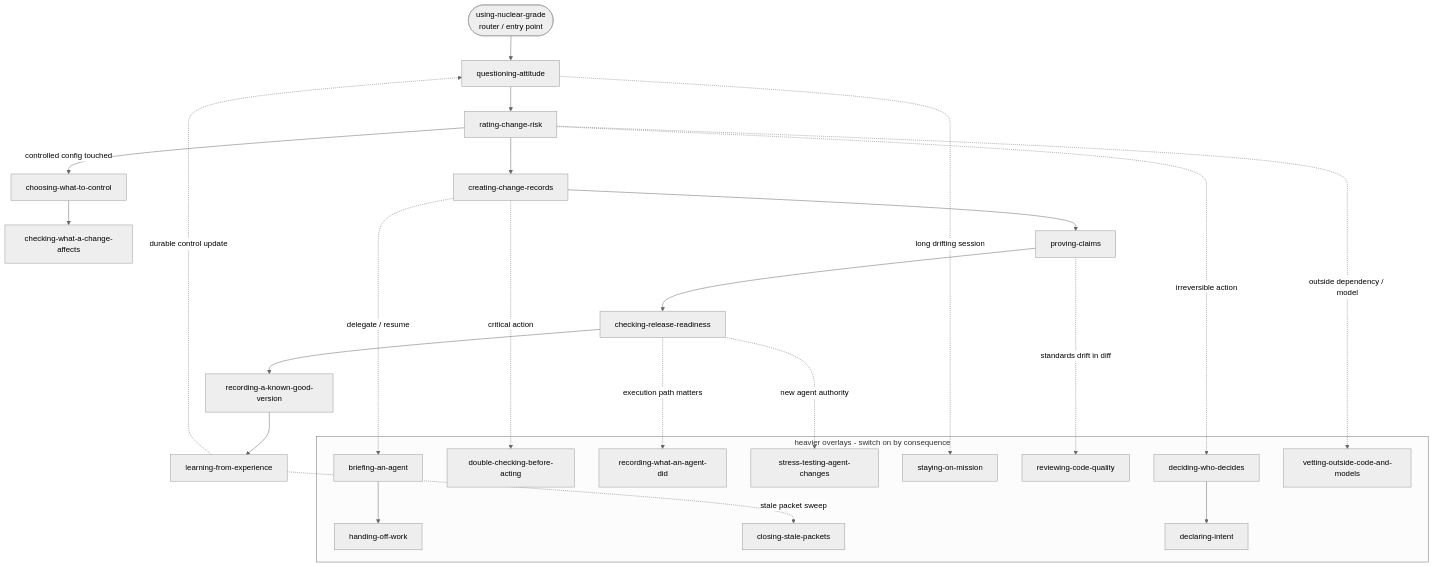
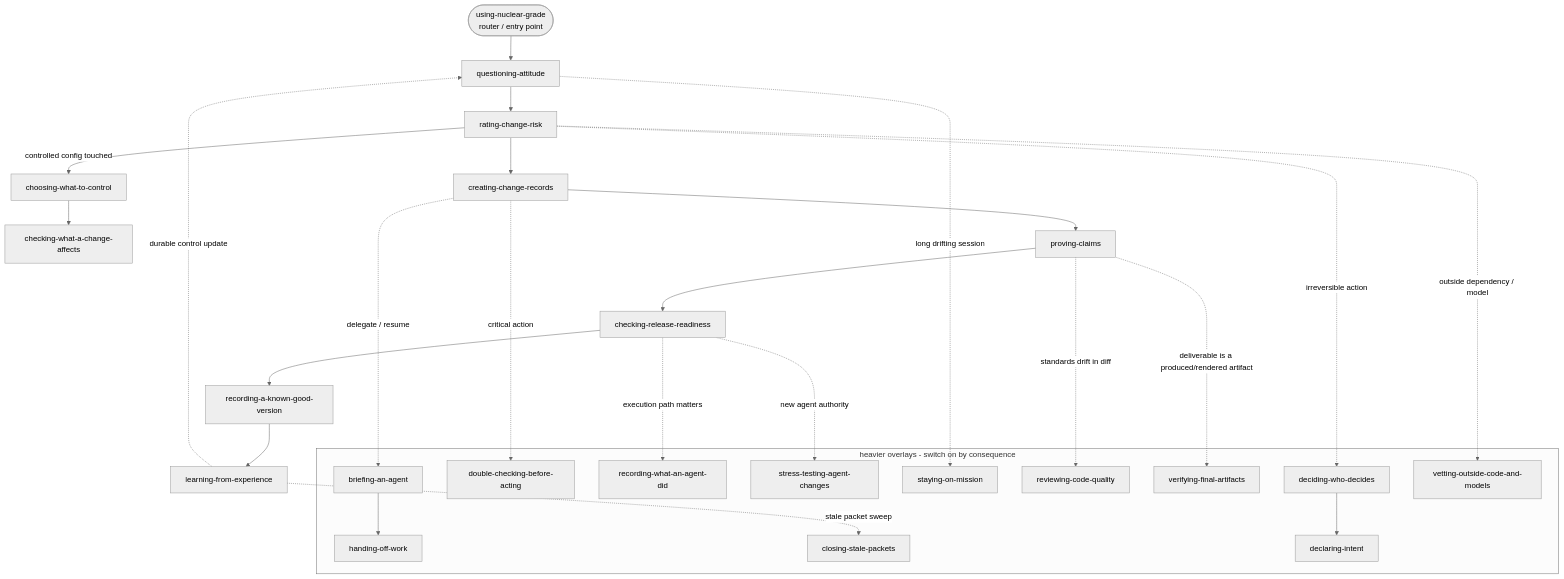
One commit to FlyFission/nuclear-grade-context-engineering changed the diagram in SKILLS.md. Above: the diagram before and after it, drawn with Mermaid (neutral theme). The commit also changed other lines of this file and 24 other files, not shown here.

First line of the commit message:
Add verifying-final-artifacts skill and doctrine (#81)

````diff
--- a/SKILLS.md
+++ b/SKILLS.md
@@ -46,40 +47,42 @@
 ```mermaid
 flowchart TD
     UNG([using-nuclear-grade<br/>router / entry point])
     UNG --> QA[questioning-attitude]
     QA --> CCR[rating-change-risk]
     CCR -->|controlled config touched| ICI[choosing-what-to-control]
     CCR --> CCP[creating-change-records]
     ICI --> SCI[checking-what-a-change-affects]
     CCP --> PC[proving-claims]
     PC --> RSR[checking-release-readiness]
     RSR --> BC[recording-a-known-good-version]
     BC --> LFO[learning-from-experience]
     LFO -.durable control update.-> QA
 
     subgraph overlays[heavier overlays - switch on by consequence]
       PAC[briefing-an-agent]
       TOW[handing-off-work]
       SCA[double-checking-before-acting]
       TAE[recording-what-an-agent-did]
       RTA[stress-testing-agent-changes]
       CMD[staying-on-mission]
       RCQ[reviewing-code-quality]
+      VFA[verifying-final-artifacts]
       CSP[closing-stale-packets]
       DWD[deciding-who-decides]
       DI[declaring-intent]
       VOC[vetting-outside-code-and-models]
     end
 
     CCP -.delegate / resume.-> PAC
     PAC --> TOW
     CCP -.critical action.-> SCA
     RSR -.new agent authority.-> RTA
     RSR -.execution path matters.-> TAE
     QA -.long drifting session.-> CMD
     PC -.standards drift in diff.-> RCQ
+    PC -.deliverable is a produced/rendered artifact.-> VFA
     LFO -.stale packet sweep.-> CSP
     CCR -.irreversible action.-> DWD
     DWD --> DI
     CCR -.outside dependency / model.-> VOC
 ```
````
